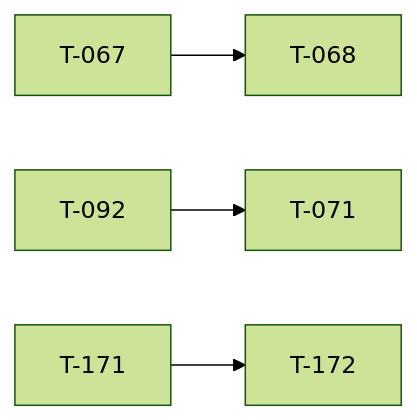
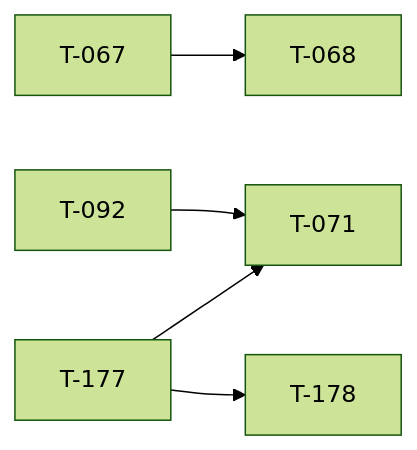
Before and after one commit to darkforce09/TBD-reforger: the diagram in docs/TICKET_LEAD.md, drawn with Mermaid (forest theme). The commit also changed other lines of this file and 42 other files, not shown here.

````diff
--- a/docs/TICKET_LEAD.md
+++ b/docs/TICKET_LEAD.md
@@ -31,6 +32,7 @@
 ```mermaid
 flowchart LR
   T067[T-067] --> T068[T-068]
   T092[T-092] --> T071[T-071]
-  T171[T-171] --> T172[T-172]
+  T177[T-177] --> T071[T-071]
+  T177[T-177] --> T178[T-178]
 ```
````
